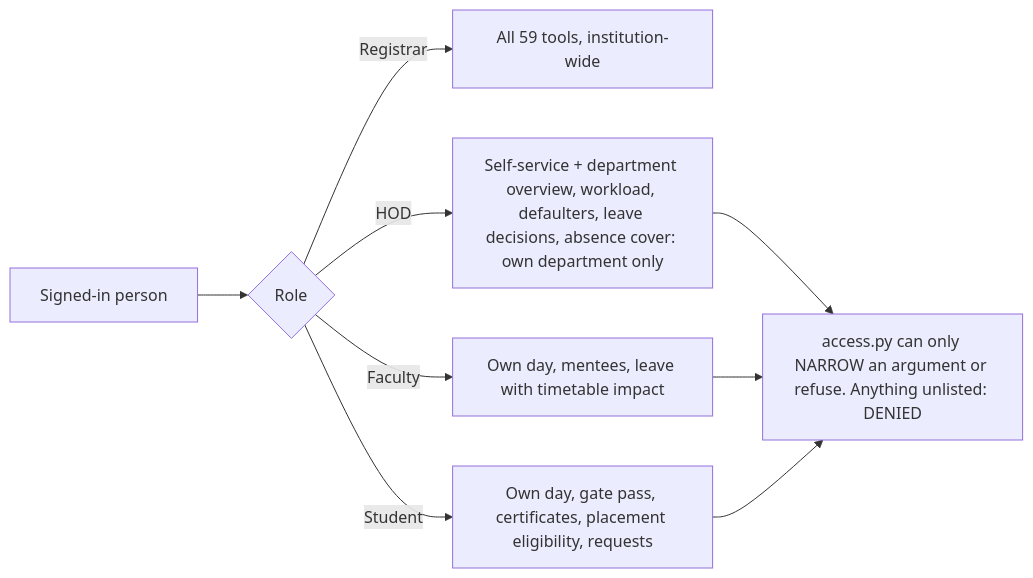
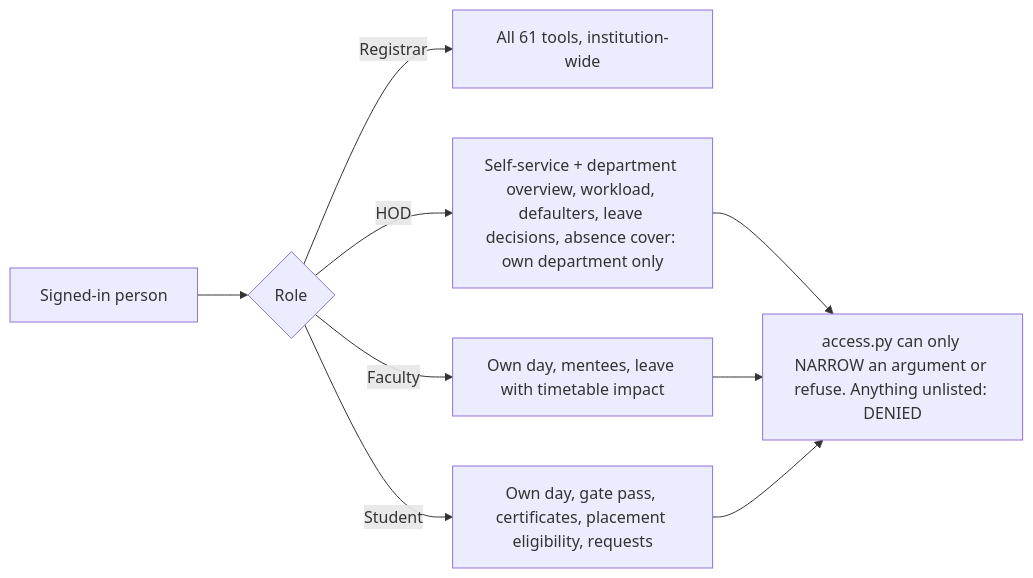
The third of 7 diagrams in README.md (samprith02/VidyaERP), drawn with Mermaid before and after one commit. The commit also changed other lines of this file and 23 other files, not shown here.

````diff
--- a/README.md
+++ b/README.md
@@ -460,9 +462,9 @@
 ```mermaid
 flowchart LR
   U[Signed-in person] --> R{Role}
-  R -->|Registrar| ALL[All 59 tools, institution-wide]
+  R -->|Registrar| ALL[All 61 tools, institution-wide]
   R -->|HOD| H[Self-service + department overview, workload, defaulters, leave decisions, absence cover: own department only]
   R -->|Faculty| F[Own day, mentees, leave with timetable impact]
   R -->|Student| S[Own day, gate pass, certificates, placement eligibility, requests]
   H & F & S --> N[access.py can only NARROW an argument or refuse. Anything unlisted: DENIED]
 ```
````
